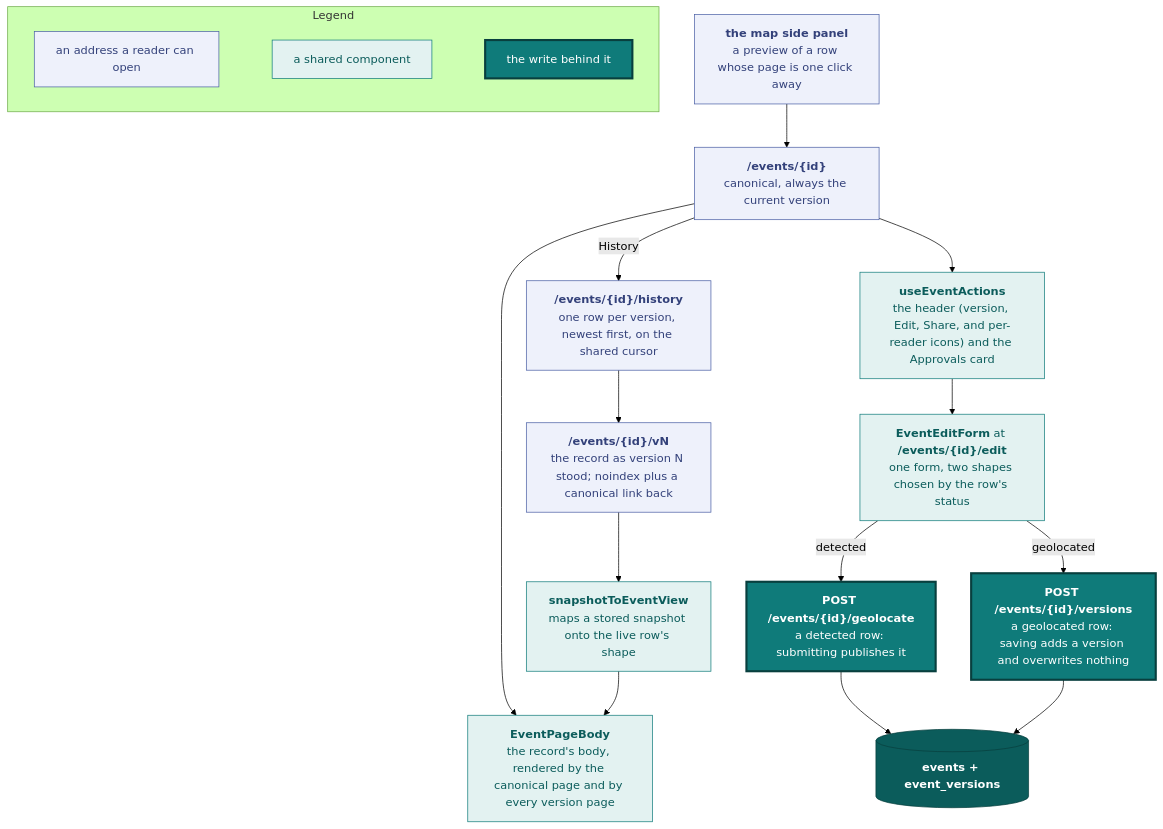
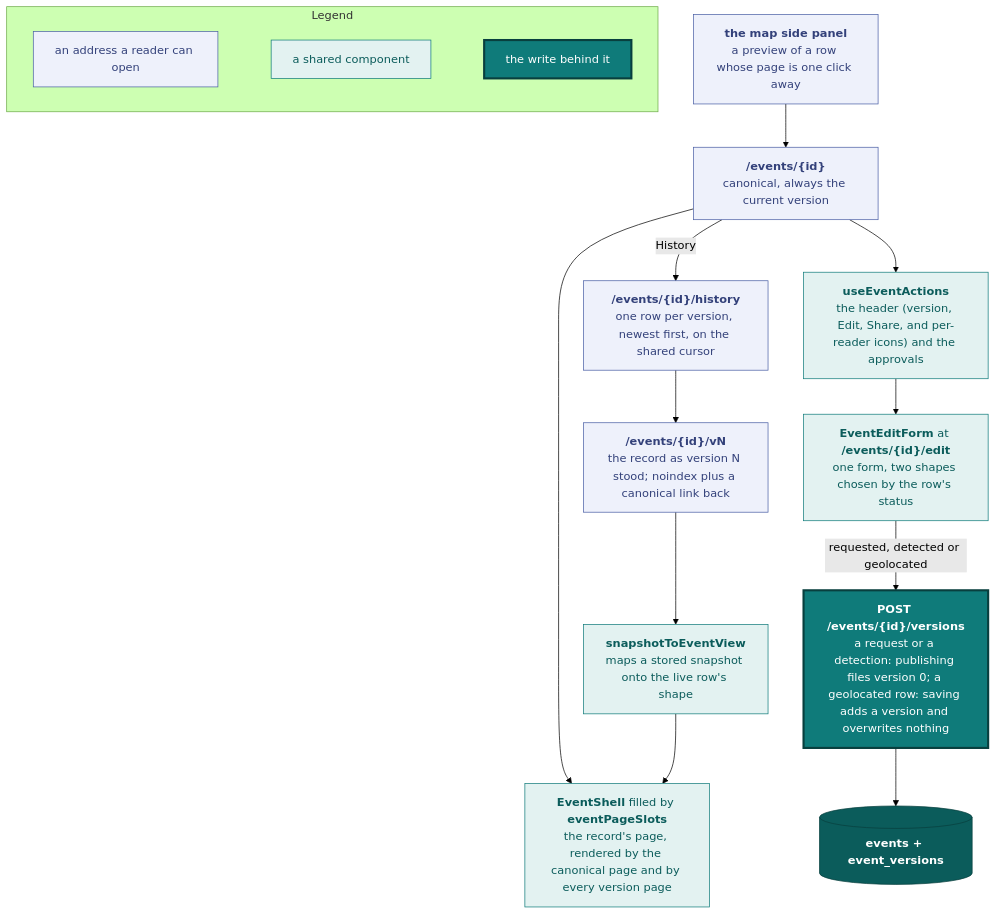
One commit to vidithq/vidit changed the fifth of 16 diagrams in docs/design.md. Above: the diagram before and after it, drawn with Mermaid (forest theme). The commit also changed other lines of this file and 617 other files, not shown here.

````diff
--- a/docs/design.md
+++ b/docs/design.md
@@ -559,51 +639,47 @@
 ```mermaid
 flowchart TB
   classDef spec fill:#eef1fb,stroke:#4a5fa5,color:#33417a
   classDef shared fill:#e3f2f1,stroke:#0f7b7a,color:#0b5c5b
   classDef core fill:#0f7b7a,stroke:#083f3e,stroke-width:3px,color:#ffffff
   classDef store fill:#0b5c5b,stroke:#083f3e,color:#ffffff
 
   subgraph legend [Legend]
     direction LR
     l1["`an address a reader can open`"]:::spec
     l2["`a shared component`"]:::shared
     l3["`the write behind it`"]:::core
     l1 ~~~ l2 ~~~ l3
   end
 
   canonical["`**/events/{id}**
   canonical, always the current version`"]:::spec
   history["`**/events/{id}/history**
   one row per version, newest first, on the shared cursor`"]:::spec
   vn["`**/events/{id}/vN**
   the record as version N stood; noindex plus a canonical link back`"]:::spec
   panel["`**the map side panel**
   a preview of a row whose page is one click away`"]:::spec
 
-  body["`**EventPageBody**
-  the record's body, rendered by the canonical page and by every version page`"]:::shared
+  body["`**EventShell** filled by **eventPageSlots**
+  the record's page, rendered by the canonical page and by every version page`"]:::shared
   snap["`**snapshotToEventView**
   maps a stored snapshot onto the live row's shape`"]:::shared
   actions["`**useEventActions**
-  the header (version, Edit, Share, and per-reader icons) and the Approvals card`"]:::shared
+  the header (version, Edit, Share, and per-reader icons) and the approvals`"]:::shared
   form["`**EventEditForm** at **/events/{id}/edit**
   one form, two shapes chosen by the row's status`"]:::shared
 
-  geo["`**POST /events/{id}/geolocate**
-  a detected row: submitting publishes it`"]:::core
   ver["`**POST /events/{id}/versions**
-  a geolocated row: saving adds a version and overwrites nothing`"]:::core
+  a request or a detection: publishing files version 0; a geolocated row: saving adds a version and overwrites nothing`"]:::core
   rows[("`**events + event_versions**`")]:::store
 
   canonical --> body
   vn --> snap --> body
   canonical --> actions
   history --> vn
   canonical -->|"History"| history
   actions --> form
   panel --> canonical
-  form -->|"detected"| geo
-  form -->|"geolocated"| ver
-  geo --> rows
+  form -->|"requested, detected or geolocated"| ver
   ver --> rows
 ```
````
